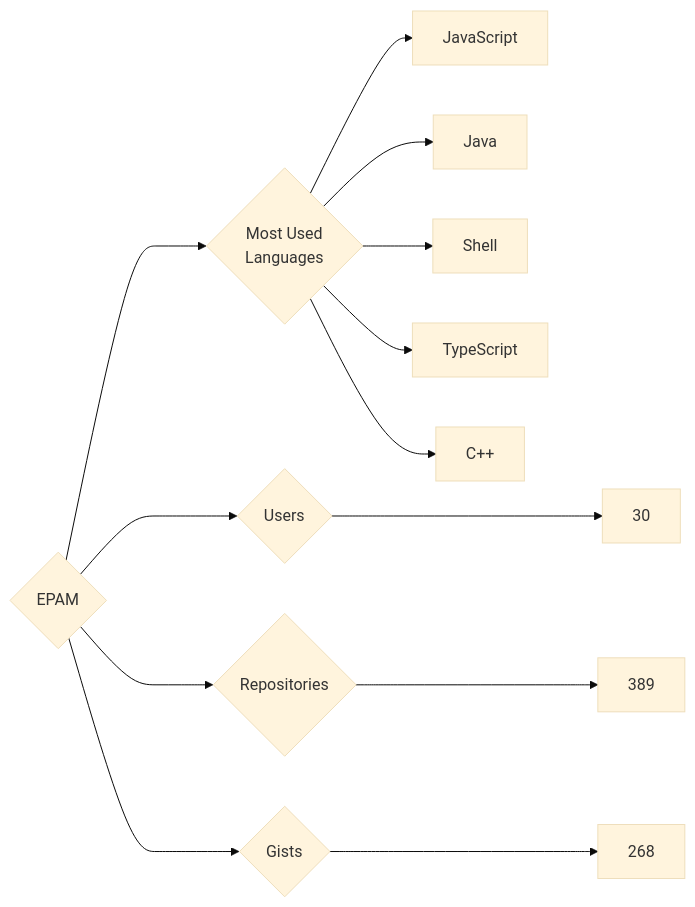
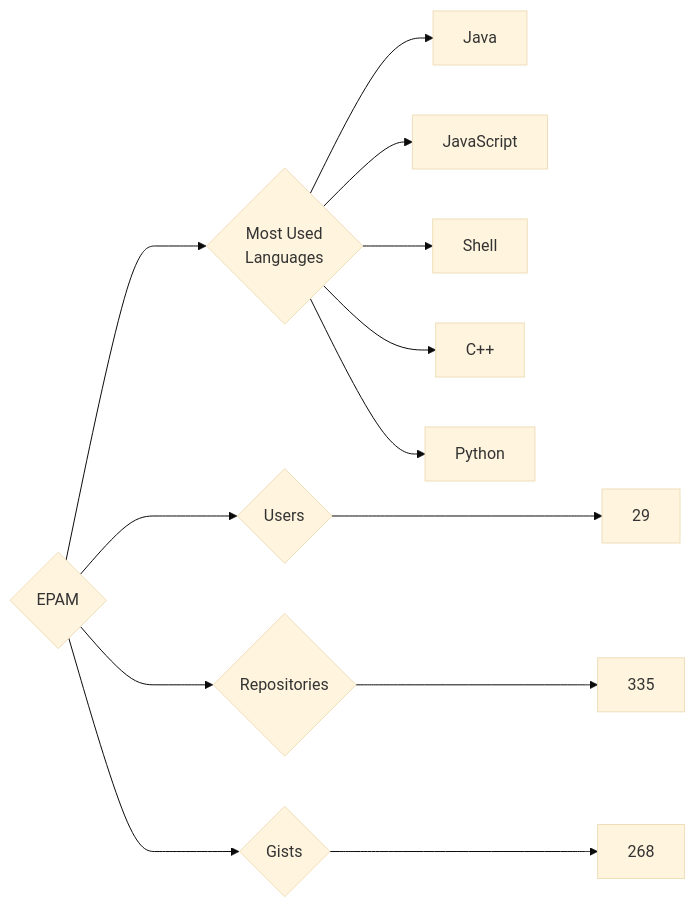
Before and after one commit to trickest/insiders: the diagram in targets/EPAM/README.md, drawn with Mermaid (base theme). The commit also changed 1020 other files, not shown here.

````diff
--- a/targets/EPAM/README.md
+++ b/targets/EPAM/README.md
@@ -3,13 +3,13 @@
 ```mermaid
 graph LR
 COMPANY_NAME{EPAM}
-COMPANY_NAME ---> U{Users} ---> UN[30]
-COMPANY_NAME ---> R{Repositories} ---> RN[389]
+COMPANY_NAME ---> U{Users} ---> UN[29]
+COMPANY_NAME ---> R{Repositories} ---> RN[335]
 COMPANY_NAME ---> G{Gists} ---> GN[268]
 COMPANY_NAME ---> ML{Most Used<br>Languages}
+ML --> Java[Java]
 ML --> JavaScript[JavaScript]
-ML --> Java[Java]
 ML --> Shell[Shell]
-ML --> TypeScript[TypeScript]
 ML --> C++[C++]
+ML --> Python[Python]
 ```
````
